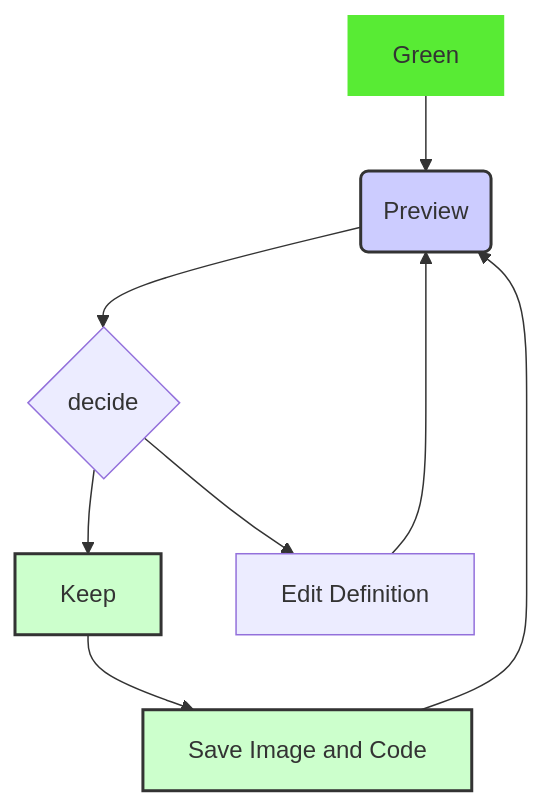
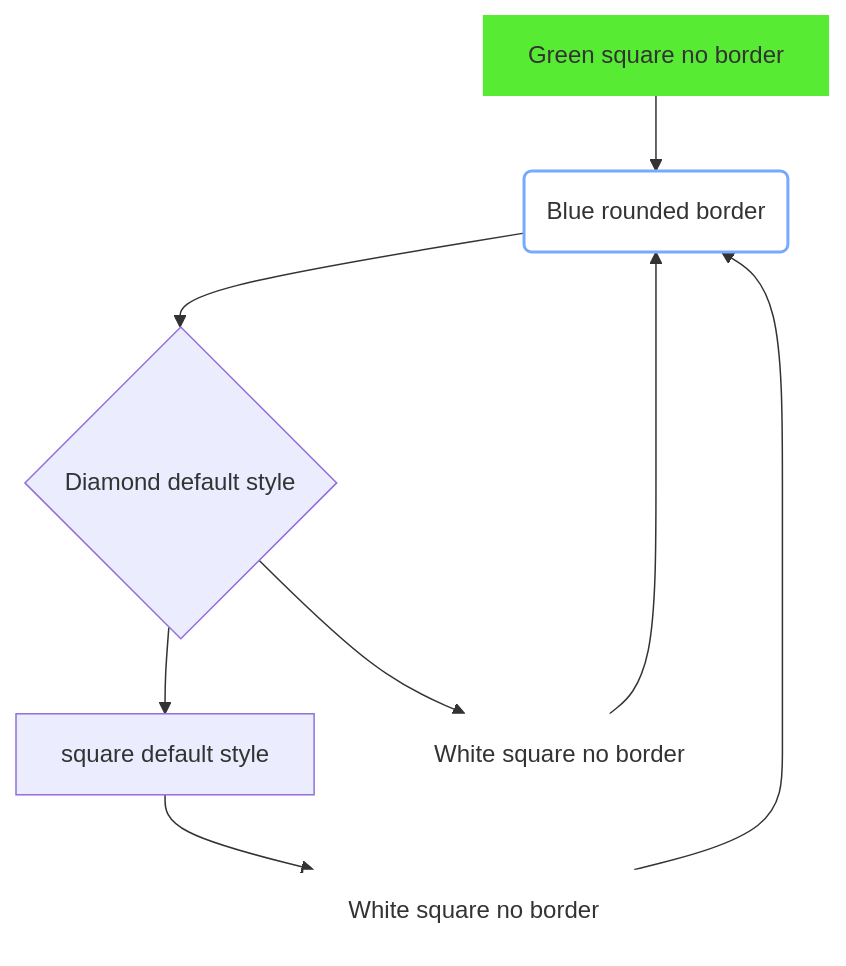
The diagram in PKM/W6/D3/lecture_notes.md (FredericGariepy/LighthouseLabs), drawn with Mermaid before and after one commit. The commit also changed other lines of this file, not shown here.

````diff
--- a/PKM/W6/D3/lecture_notes.md
+++ b/PKM/W6/D3/lecture_notes.md
@@ -19,18 +19,18 @@
 ```mermaid
 graph TD
-    A[Green ] --> B(Preview)
-    B --> C{decide}
-    C --> D[Keep]
-    C --> E[Edit Definition]
+    A[Green square no border] --> B(Blue rounded border)
+    B --> C{Diamond default style}
+    C --> D[square default style]
+    C --> E[White square no border]
     E --> B
-    D --> F[Save Image and Code]
+    D --> F[White square no border]
     F --> B
 
   classDef classA fill:#58eb34,stroke-width:0px
-  classDef classB fill:#ccf,stroke:#333,stroke-width:2px;
-  classDef classC fill:#cfc,stroke:#333,stroke-width:2px
+  classDef classB fill:#ffffff,stroke:#75aaff,stroke-width:2px;
+  classDef classC fill:#ffffff,stroke:#ffffff,stroke-width:0px
 
   class A classA;
   class B classB;
-  class D,F classC;
+  class F,E classC;
 ```
````
